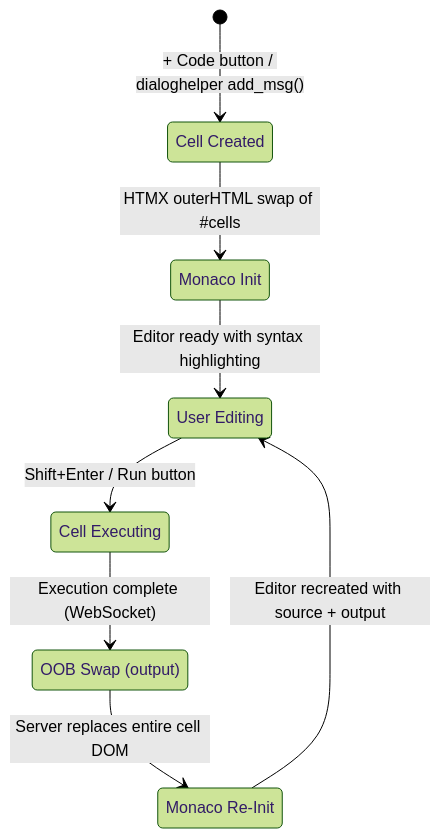
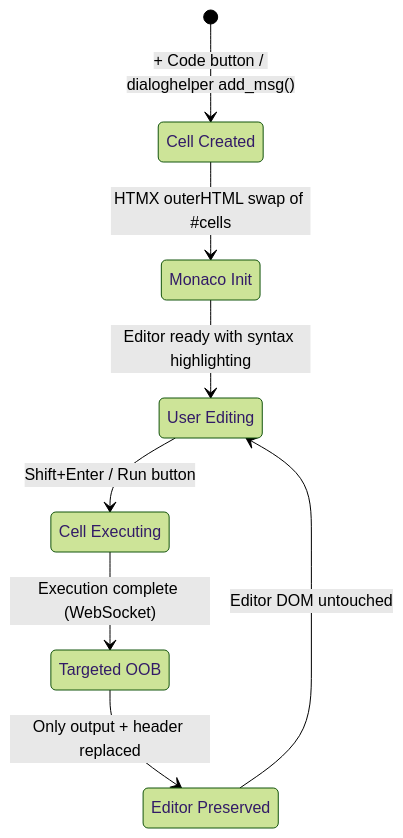
Before and after one commit to sgaseretto/solveish: the first of 4 diagrams in docs/how_it_works/17_editor_cell_transitions.md, drawn with Mermaid (forest theme). The commit also changed other lines of this file and 11 other files, not shown here.

First line of the commit message:
fix: Eliminate FOUST on code cell execution with targeted OOB swaps and HTMX lifecycle guards

````diff
--- a/docs/how_it_works/17_editor_cell_transitions.md
+++ b/docs/how_it_works/17_editor_cell_transitions.md
@@ -45,17 +38,17 @@
 ```mermaid
 stateDiagram-v2
     state "Cell Created" as created
     state "Monaco Init" as init
     state "User Editing" as editing
     state "Cell Executing" as running
-    state "OOB Swap (output)" as oob
-    state "Monaco Re-Init" as reinit
+    state "Targeted OOB" as oob
+    state "Editor Preserved" as preserved
 
     [*] --> created: + Code button / dialoghelper add_msg()
     created --> init: HTMX outerHTML swap of #cells
     init --> editing: Editor ready with syntax highlighting
     editing --> running: Shift+Enter / Run button
     running --> oob: Execution complete (WebSocket)
-    oob --> reinit: Server replaces entire cell DOM
-    reinit --> editing: Editor recreated with source + output
+    oob --> preserved: Only output + header replaced
+    preserved --> editing: Editor DOM untouched
 ```
````
